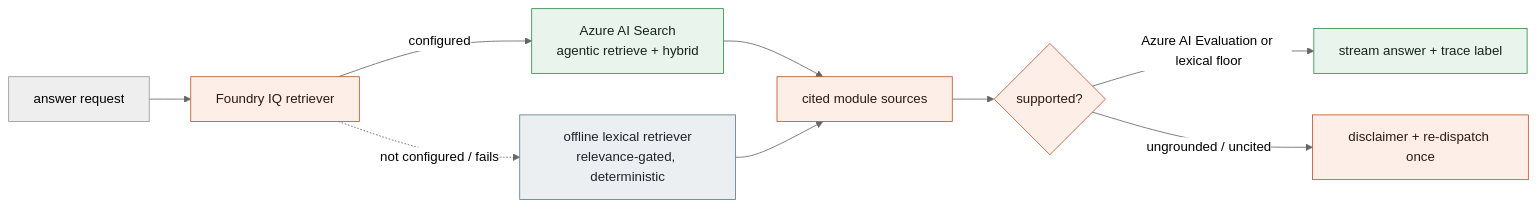
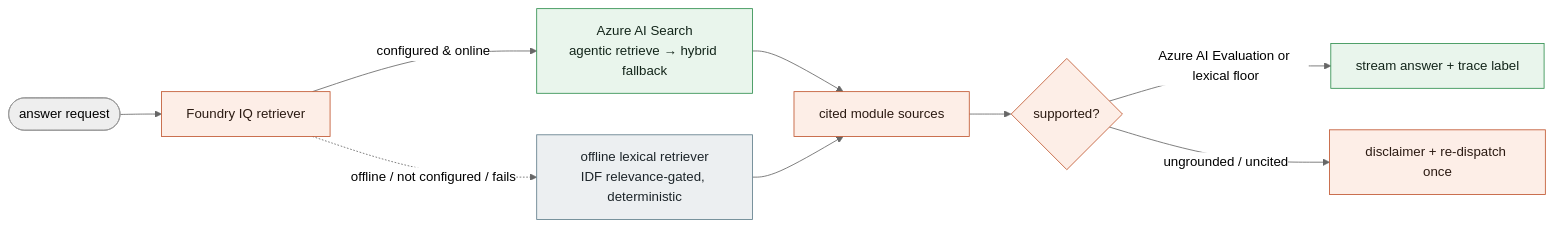
Before and after one commit to theCodeForgerHQ/msf-reasoning-agent: the seventh of 10 diagrams in README.md, drawn with Mermaid (neutral theme). The commit also changed other lines of this file and 2 other files, not shown here.

````diff
--- a/README.md
+++ b/README.md
@@ -365,15 +345,15 @@
 ```mermaid
 flowchart LR
     classDef live fill:#e9f5ec,stroke:#2f8f4e,color:#13251a
     classDef off fill:#eceff1,stroke:#607d8b,color:#1c2429
     classDef chk fill:#fdeee7,stroke:#c0562f,color:#2b1a12
 
-    Q["answer request"] --> FIQ["Foundry IQ retriever"]:::chk
-    FIQ -->|configured| AZ["Azure AI Search<br/>agentic retrieve + hybrid"]:::live
-    FIQ -.->|"not configured / fails"| LEX["offline lexical retriever<br/>relevance-gated, deterministic"]:::off
+    Q(["answer request"]) --> R["Foundry IQ retriever"]:::chk
+    R -->|"configured & online"| AZ["Azure AI Search<br/>agentic retrieve → hybrid fallback"]:::live
+    R -.->|"offline / not configured / fails"| LEX["offline lexical retriever<br/>IDF relevance-gated, deterministic"]:::off
     AZ --> CITE["cited module sources"]:::chk
     LEX --> CITE
-    CITE --> EVALV{"supported?"}:::chk
-    EVALV -->|"Azure AI Evaluation or lexical floor"| OUT["stream answer + trace label"]:::live
-    EVALV -->|"ungrounded / uncited"| REF["disclaimer + re-dispatch once"]:::chk
+    CITE --> V{"supported?"}:::chk
+    V -->|"Azure AI Evaluation or lexical floor"| OUT["stream answer + trace label"]:::live
+    V -->|"ungrounded / uncited"| REF["disclaimer + re-dispatch once"]:::chk
 ```
````
